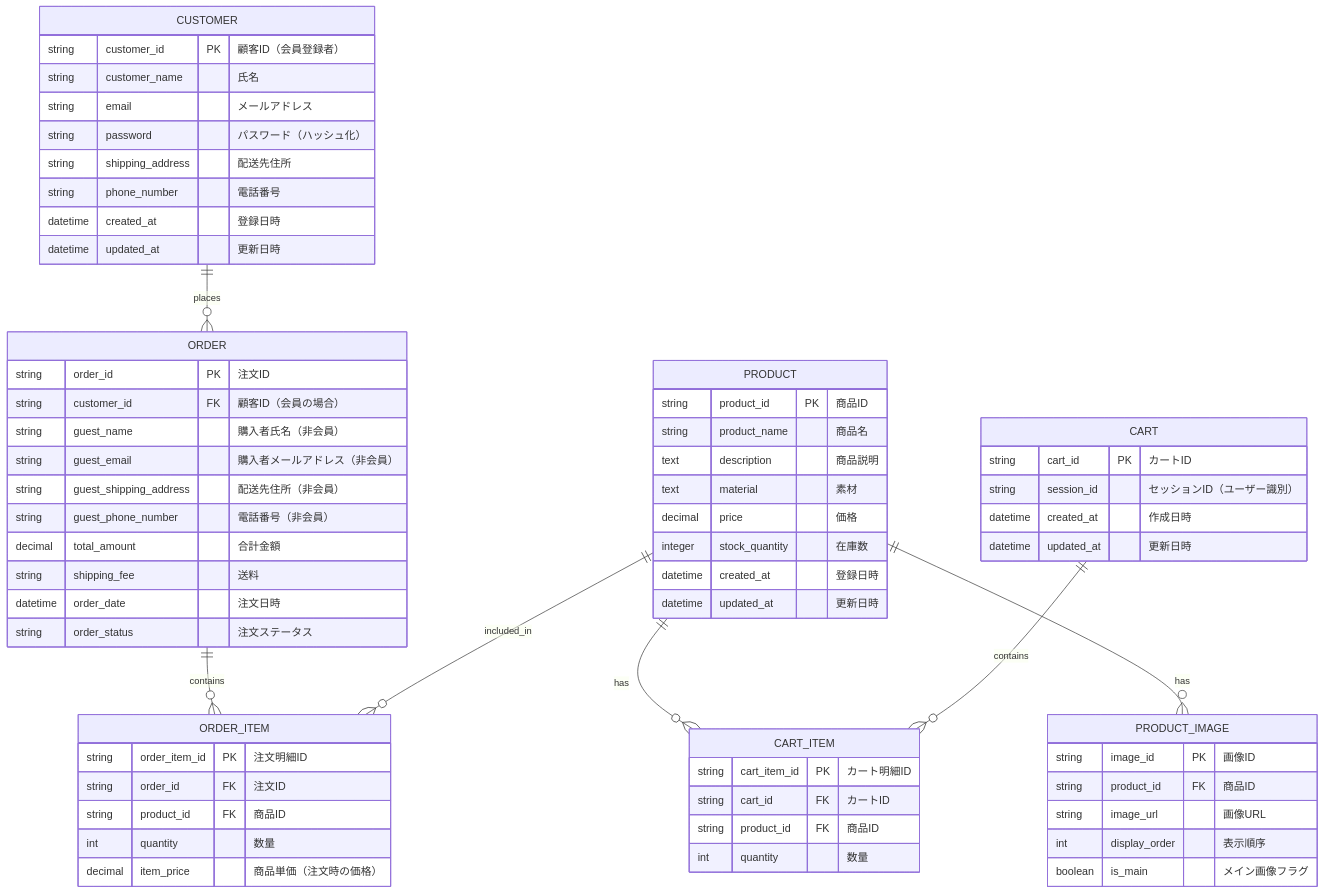
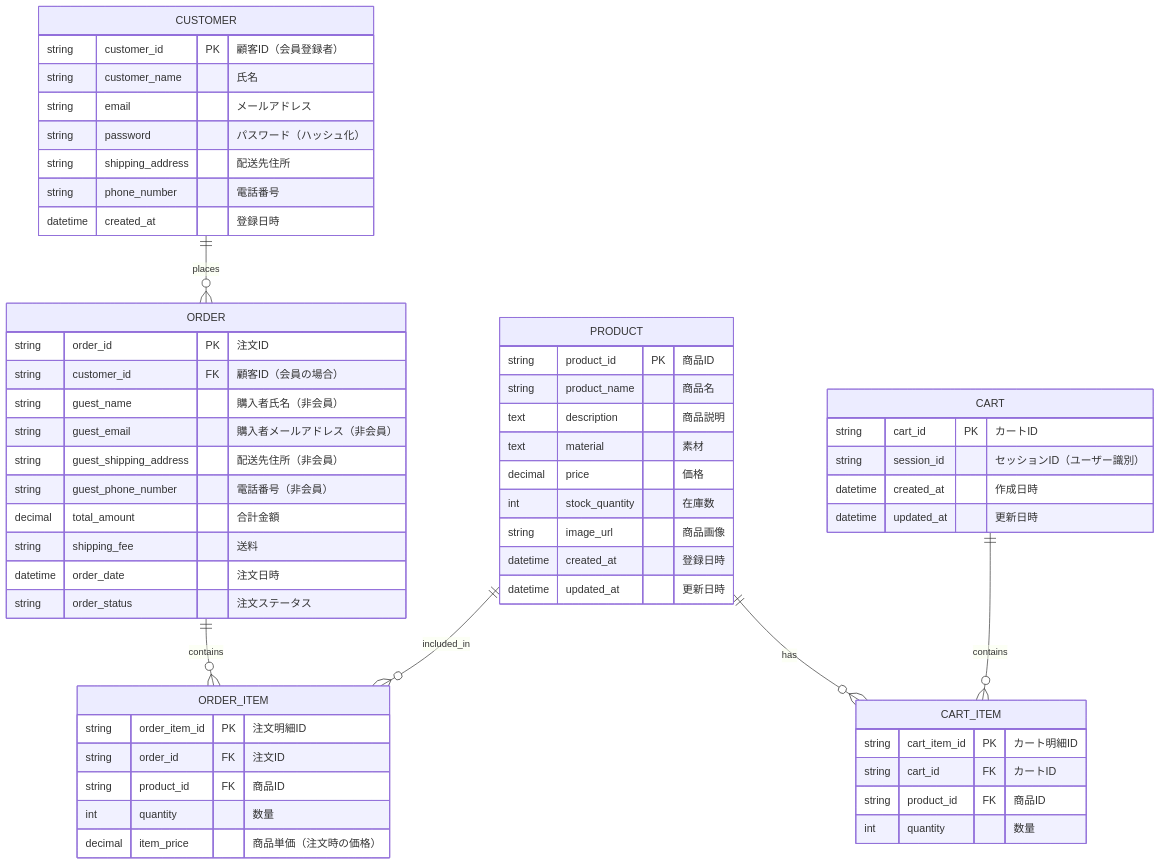
The sixth of 6 diagrams in 基本設計/基本設計書.md (ainaga09/ACE), drawn with Mermaid before and after one commit. The commit also changed other lines of this file and 3 other files, not shown here.

```diff
--- a/基本設計/基本設計書.md
+++ b/基本設計/基本設計書.md
@@ -518,74 +522,68 @@
 <div class="mermaid">
 erDiagram
     CUSTOMER ||--o{ ORDER : "places"
     ORDER ||--o{ ORDER_ITEM : "contains"
     PRODUCT ||--o{ ORDER_ITEM : "included_in"
     PRODUCT ||--o{ CART_ITEM : "has"
     CART ||--o{ CART_ITEM : "contains"
-    PRODUCT ||--o{ PRODUCT_IMAGE : "has"
-
+    
     CUSTOMER {
         string customer_id PK "顧客ID（会員登録者）"
         string customer_name "氏名"
         string email "メールアドレス"
         string password "パスワード（ハッシュ化）"
         string shipping_address "配送先住所"
         string phone_number "電話番号"
         datetime created_at "登録日時"
-        datetime updated_at "更新日時"
     }
 
     PRODUCT {
         string product_id PK "商品ID"
         string product_name "商品名"
         text description "商品説明"
         text material "素材"
         decimal price "価格"
-        integer stock_quantity "在庫数"
+        int stock_quantity "在庫数"
+        string image_url "商品画像"
         datetime created_at "登録日時"
         datetime updated_at "更新日時"
+        
     }
 
-    PRODUCT_IMAGE {
-        string image_id PK "画像ID"
-        string product_id FK "商品ID"
-        string image_url "画像URL"
-        int display_order "表示順序"
-        boolean is_main "メイン画像フラグ"
-    }
+    
 
     ORDER {
         string order_id PK "注文ID"
         string customer_id FK "顧客ID（会員の場合）" 
         string guest_name "購入者氏名（非会員）"
         string guest_email "購入者メールアドレス（非会員）"
         string guest_shipping_address "配送先住所（非会員）"
         string guest_phone_number "電話番号（非会員）"
         decimal total_amount "合計金額"
         string shipping_fee "送料"
         datetime order_date "注文日時"
         string order_status "注文ステータス"
     }
 
     ORDER_ITEM {
         string order_item_id PK "注文明細ID"
         string order_id FK "注文ID"
         string product_id FK "商品ID"
         int quantity "数量"
         decimal item_price "商品単価（注文時の価格）"
     }
 
     CART {
         string cart_id PK "カートID"
         string session_id "セッションID（ユーザー識別）"
         datetime created_at "作成日時"
         datetime updated_at "更新日時"
     }
 
     CART_ITEM {
         string cart_item_id PK "カート明細ID"
         string cart_id FK "カートID"
         string product_id FK "商品ID"
         int quantity "数量"
     }
 </div>
```
